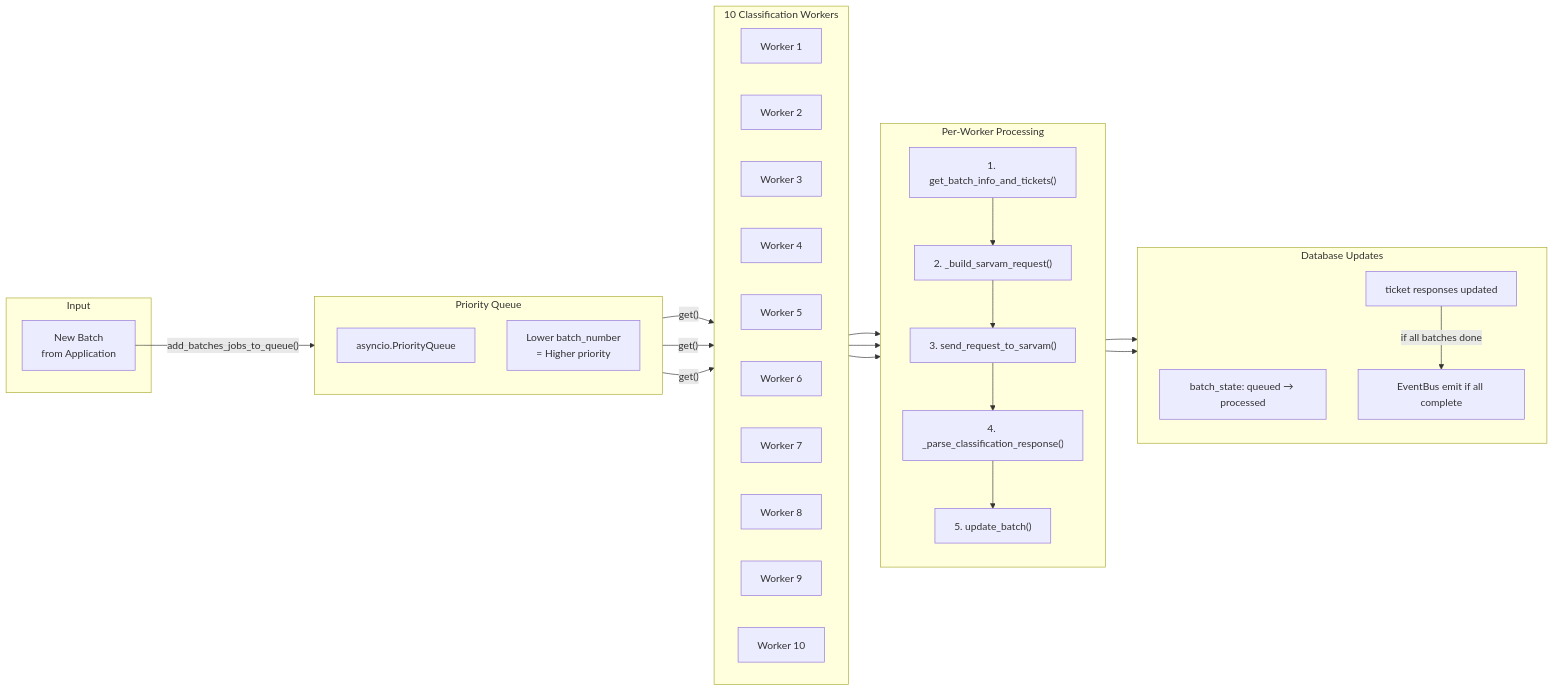
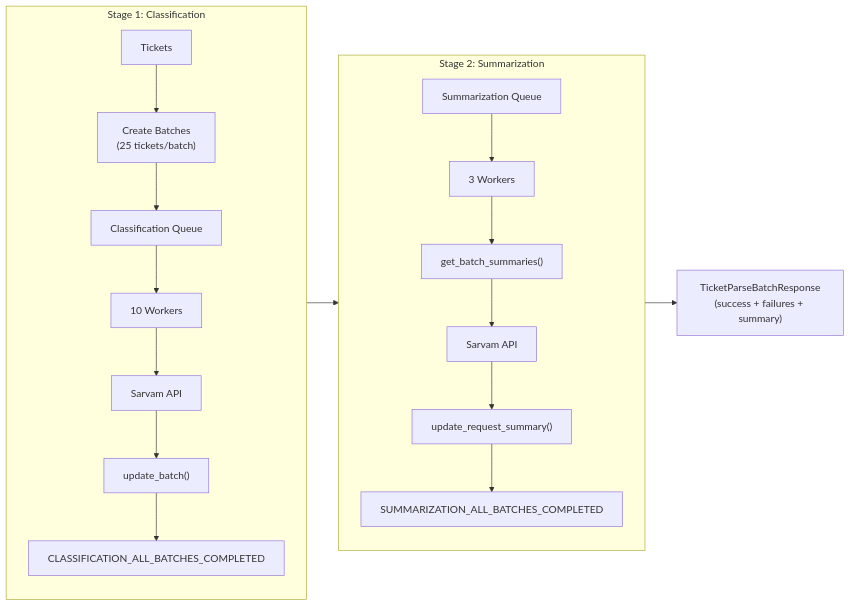
Before and after one commit to Nicky9319/sarvam_code: the third of 6 diagrams in docs/PARSE_REQUEST_FLOW.md, drawn with Mermaid. The commit also changed other lines of this file and 13 other files, not shown here.

````diff
--- a/docs/PARSE_REQUEST_FLOW.md
+++ b/docs/PARSE_REQUEST_FLOW.md
@@ -217,57 +191,24 @@
 ```mermaid
 flowchart LR
-    subgraph Input
-        NewBatch["New Batch<br/>from Application"]
+    subgraph Stage1["Stage 1: Classification"]
+        direction TB
+        Input["Tickets"] --> Batch["Create Batches<br/>(25 tickets/batch)"]
+        Batch --> ClassQueue["Classification Queue"]
+        ClassQueue --> Workers["10 Workers"]
+        Workers --> Sarvam["Sarvam API"]
+        Sarvam --> Update["update_batch()"]
+        Update --> Event1["CLASSIFICATION_ALL_BATCHES_COMPLETED"]
     end
 
-    subgraph Queue["Priority Queue"]
+    subgraph Stage2["Stage 2: Summarization"]
         direction TB
-        PQ["asyncio.PriorityQueue"]
-        NotePQ["Lower batch_number<br/>= Higher priority"]
+        Event1 --> SumQueue["Summarization Queue"]
+        SumQueue --> SumWorkers["3 Workers"]
+        SumWorkers --> GetSummaries["get_batch_summaries()"]
+        GetSummaries --> Sarvam2["Sarvam API"]
+        Sarvam2 --> FinalSummary["update_request_summary()"]
+        FinalSummary --> Event2["SUMMARIZATION_ALL_BATCHES_COMPLETED"]
     end
 
-    subgraph Workers["10 Classification Workers"]
-        direction LR
-        W1["Worker 1"]
-        W2["Worker 2"]
-        W3["Worker 3"]
-        W4["Worker 4"]
-        W5["Worker 5"]
-        W6["Worker 6"]
-        W7["Worker 7"]
-        W8["Worker 8"]
-        W9["Worker 9"]
-        W10["Worker 10"]
-    end
-
-    subgraph Processing["Per-Worker Processing"]
-        direction TB
-        Fetch["1. get_batch_info_and_tickets()"]
-        Build["2. _build_sarvam_request()"]
-        Call["3. send_request_to_sarvam()"]
-        Parse["4. _parse_classification_response()"]
-        Update["5. update_batch()"]
-    end
-
-    subgraph Output["Database Updates"]
-        direction TB
-        BatchState["batch_state: queued → processed"]
-        Tickets["ticket responses updated"]
-        Event["EventBus emit if all complete"]
-    end
-
-    NewBatch -->|"add_batches_jobs_to_queue()"| PQ
-    PQ -->|"get()"| W1
-    PQ -->|"get()"| W2
-    PQ -->|"get()"| W10
-    W1 --> Fetch
-    W2 --> Fetch
-    W10 --> Fetch
-    Fetch --> Build
-    Build --> Call
-    Call --> Parse
-    Parse --> Update
-    Update --> BatchState
-    Update --> Tickets
-    Tickets -->|"if all batches done"| Event
+    Event2 --> Response["TicketParseBatchResponse<br/>(success + failures + summary)"]
 ```
````
